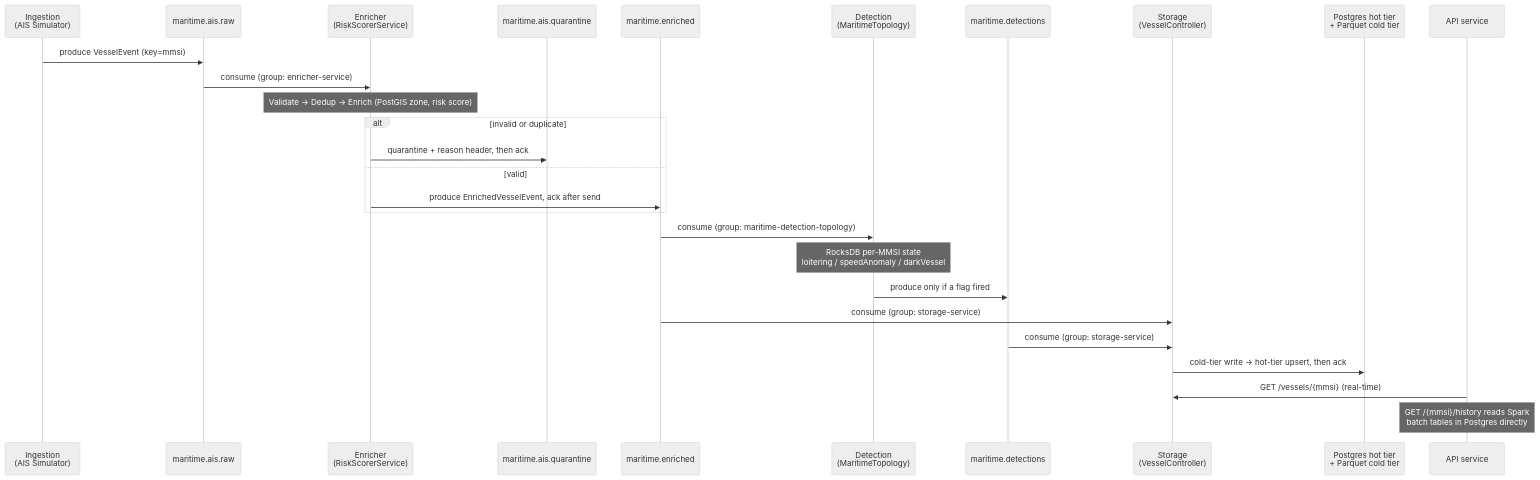
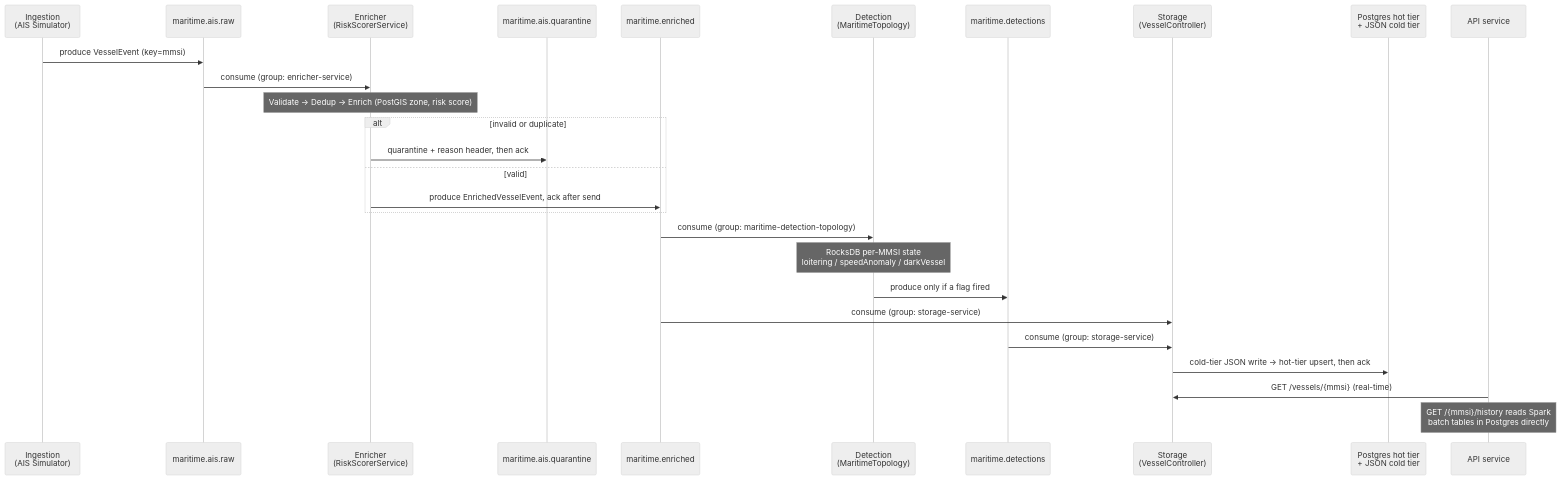
One commit to IgorGorchakov/maritime-ingestion-system changed the diagram in README.md. Above: the diagram before and after it, drawn with Mermaid (neutral theme). The commit also changed other lines of this file and 1 other file, not shown here.

````diff
--- a/README.md
+++ b/README.md
@@ -135,33 +205,33 @@
 ```mermaid
 sequenceDiagram
     participant SIM as Ingestion<br/>(AIS Simulator)
     participant RAW as maritime.ais.raw
     participant RSS as Enricher<br/>(RiskScorerService)
     participant Q as maritime.ais.quarantine
     participant ENR as maritime.enriched
     participant TOP as Detection<br/>(MaritimeTopology)
     participant DET as maritime.detections
     participant STO as Storage<br/>(VesselController)
-    participant DB as Postgres hot tier<br/>+ Parquet cold tier
+    participant DB as Postgres hot tier<br/>+ JSON cold tier
     participant GW as API service
 
     SIM->>RAW: produce VesselEvent (key=mmsi)
     RAW->>RSS: consume (group: enricher-service)
     Note over RSS: Validate → Dedup → Enrich (PostGIS zone, risk score)
     alt invalid or duplicate
         RSS->>Q: quarantine + reason header, then ack
     else valid
         RSS->>ENR: produce EnrichedVesselEvent, ack after send
     end
 
     ENR->>TOP: consume (group: maritime-detection-topology)
     Note over TOP: RocksDB per-MMSI state<br/>loitering / speedAnomaly / darkVessel
     TOP->>DET: produce only if a flag fired
 
     ENR->>STO: consume (group: storage-service)
     DET->>STO: consume (group: storage-service)
-    STO->>DB: cold-tier write → hot-tier upsert, then ack
+    STO->>DB: cold-tier JSON write → hot-tier upsert, then ack
 
     GW->>STO: GET /vessels/{mmsi} (real-time)
     Note over GW: GET /{mmsi}/history reads Spark<br/>batch tables in Postgres directly
 ```
````
